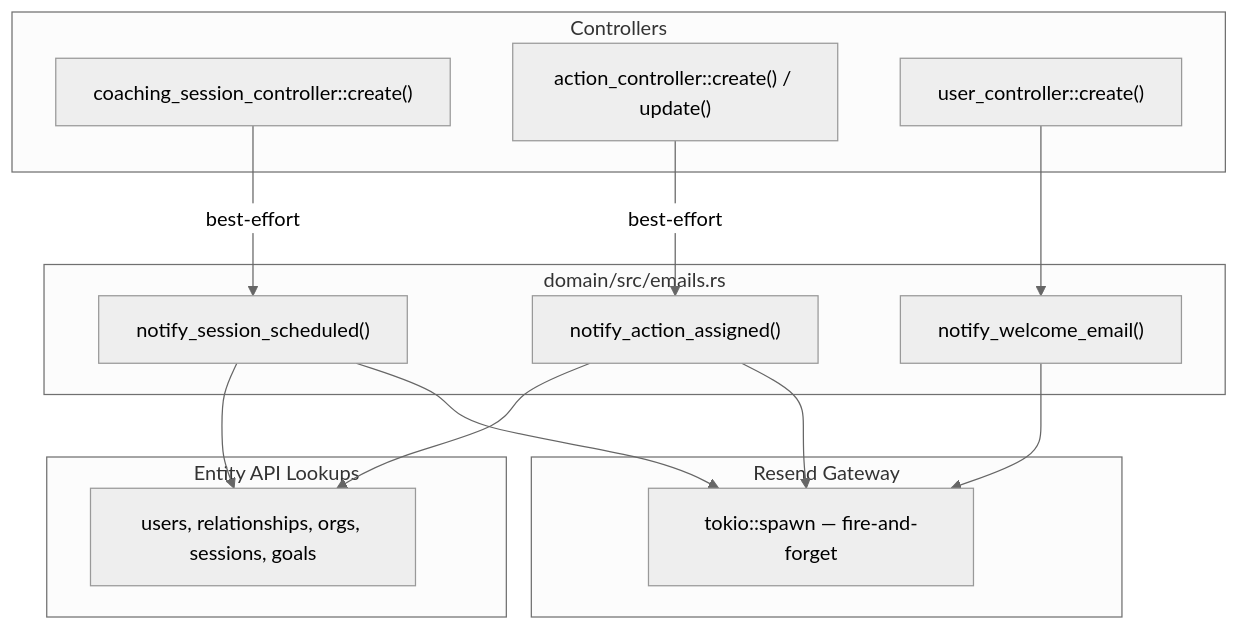
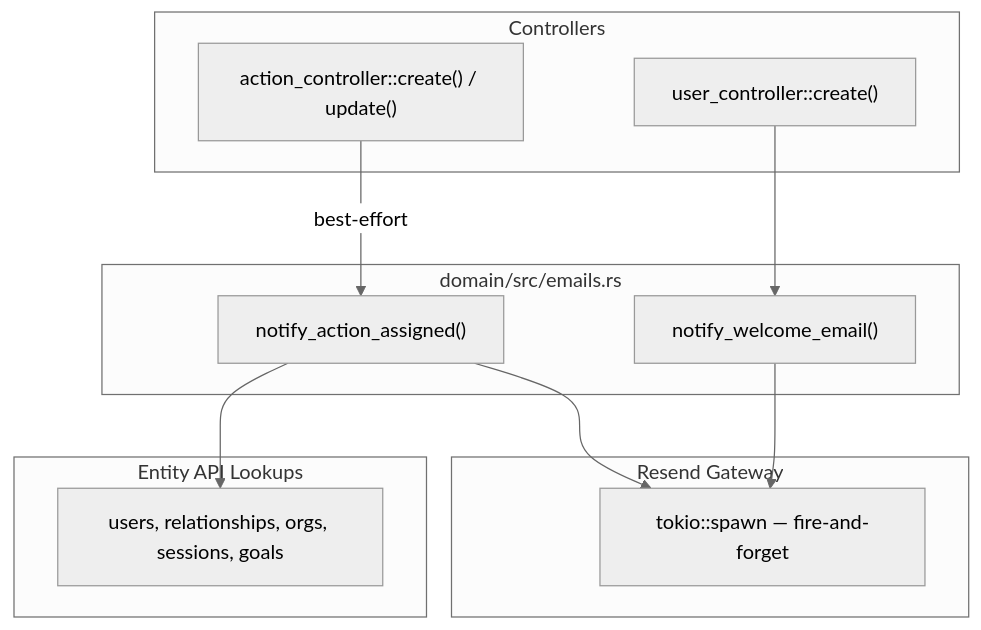
The diagram in docs/architecture/email_notifications.md (refactor-group/refactor-platform-rs), drawn with Mermaid (neutral theme) before and after one commit. The commit also changed other lines of this file and 22 other files, not shown here.

First line of the commit message:
Send session scheduled emails and owed invites through the outbox

````diff
--- a/docs/architecture/email_notifications.md
+++ b/docs/architecture/email_notifications.md
@@ -25,29 +25,26 @@
 ```mermaid
 flowchart TD
     subgraph web["Controllers"]
-        CC["coaching_session_controller::create()"]
         AC["action_controller::create() / update()"]
         UC["user_controller::create()"]
     end
 
     subgraph domain["domain/src/emails.rs"]
-        NS["notify_session_scheduled()"]
         NA["notify_action_assigned()"]
         NW["notify_welcome_email()"]
     end
 
     subgraph entity_api["Entity API Lookups"]
         EF["users, relationships, orgs, sessions, goals"]
     end
 
     subgraph gateway["Resend Gateway"]
         MS["tokio::spawn — fire-and-forget"]
     end
 
-    CC -->|best-effort| NS
     AC -->|best-effort| NA
     UC --> NW
 
-    NS & NA --> EF
-    NS & NA & NW --> MS
+    NA --> EF
+    NA & NW --> MS
 ```
````
